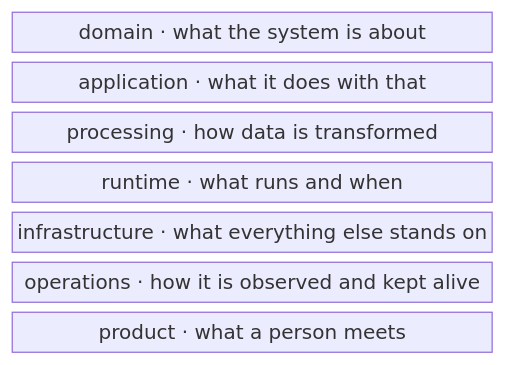
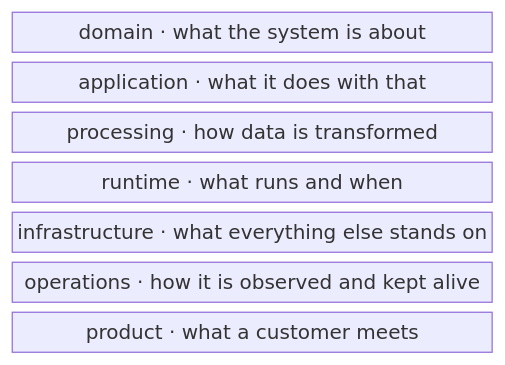
The fifth of 8 diagrams in architecture/MODEL.md (Varietyz/Disciplined-AI-Software-Development), drawn with Mermaid before and after one commit. The commit also changed other lines of this file and 25 other files, not shown here.

````diff
--- a/architecture/MODEL.md
+++ b/architecture/MODEL.md
@@ -248,11 +238,11 @@
 ```mermaid
 block-beta
 columns 1
 domain["domain · what the system is about"]
 application["application · what it does with that"]
 processing["processing · how data is transformed"]
 runtime["runtime · what runs and when"]
 infrastructure["infrastructure · what everything else stands on"]
 operations["operations · how it is observed and kept alive"]
-product["product · what a person meets"]
+product["product · what a customer meets"]
 ```
````
